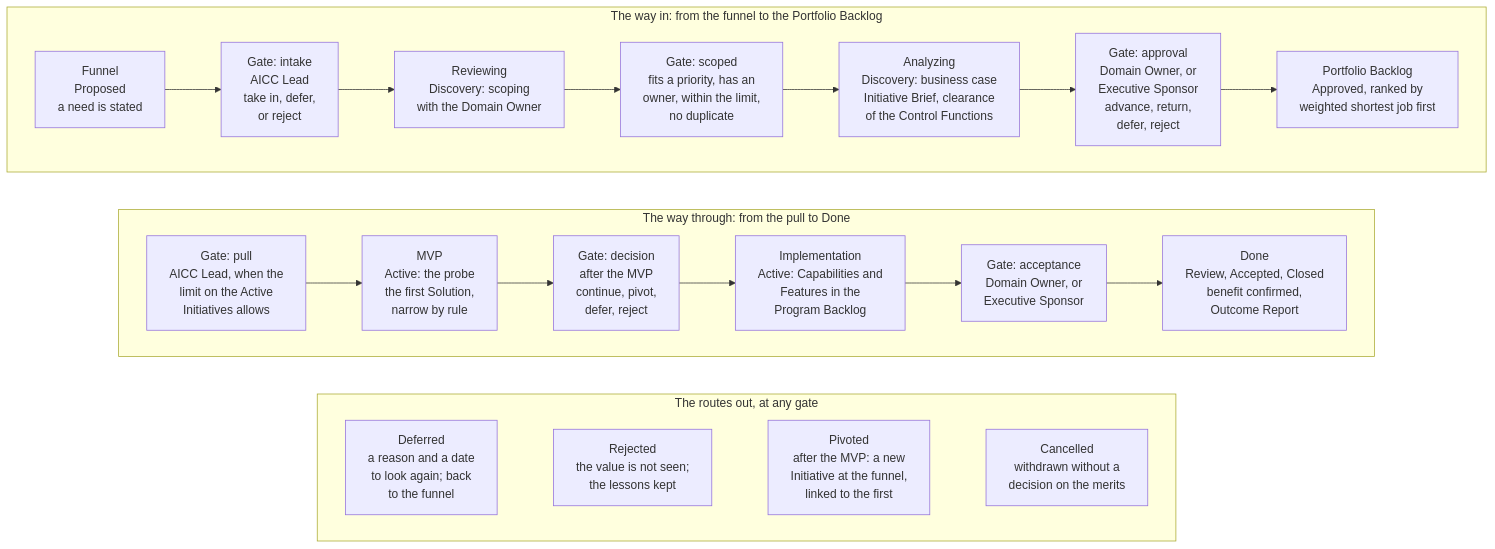
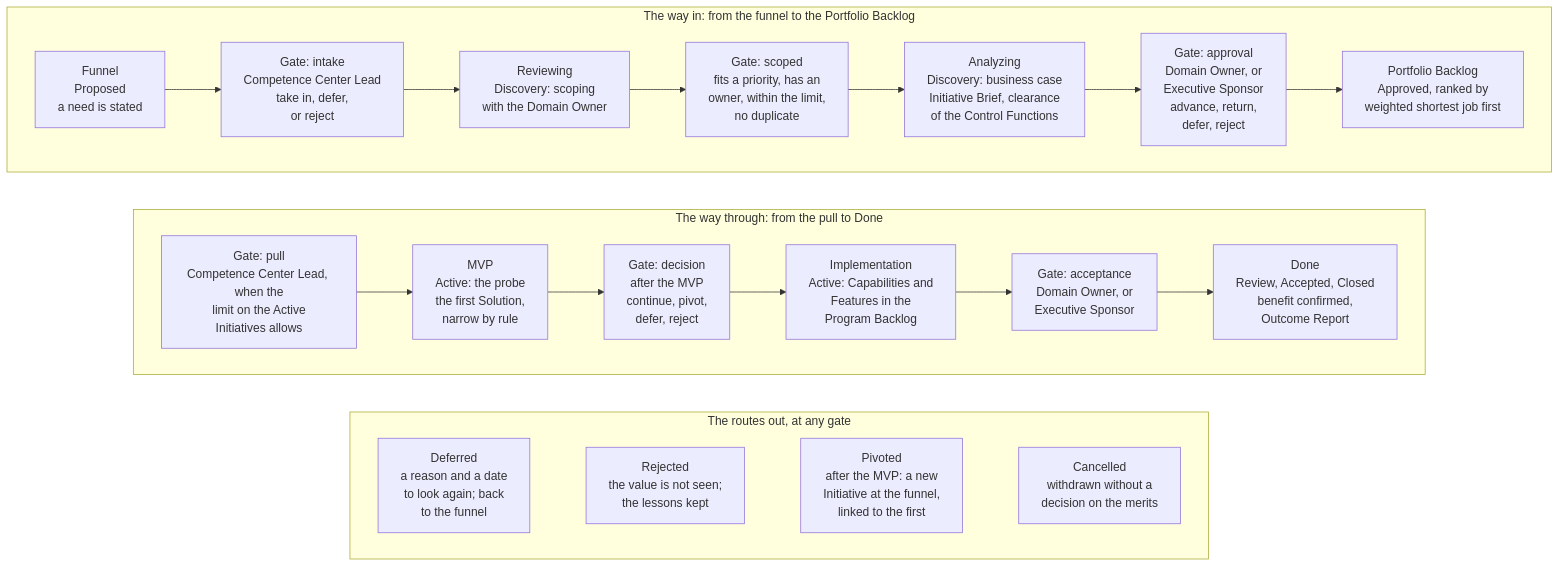
Before and after one commit to devhogu/ob-aicc: the diagram in portal/content/en/portfolio/the-flow.md, drawn with Mermaid. The commit also changed other lines of this file and 1149 other files, not shown here.

First line of the commit message:
The name Competence Center: AICC stays only as a code (DR-2026-066)

````diff
--- a/portal/content/en/portfolio/the-flow.md
+++ b/portal/content/en/portfolio/the-flow.md
@@ -9,26 +9,26 @@
 ```mermaid
 flowchart TB
   subgraph ROW1["The way in: from the funnel to the Portfolio Backlog"]
     direction LR
-    FU["Funnel<br/>Proposed<br/>a need is stated"] --> G1["Gate: intake<br/>AICC Lead<br/>take in, defer,<br/>or reject"]
+    FU["Funnel<br/>Proposed<br/>a need is stated"] --> G1["Gate: intake<br/>Competence Center Lead<br/>take in, defer,<br/>or reject"]
     G1 --> RV["Reviewing<br/>Discovery: scoping<br/>with the Domain Owner"]
     RV --> G2["Gate: scoped<br/>fits a priority, has an<br/>owner, within the limit,<br/>no duplicate"]
     G2 --> AN["Analyzing<br/>Discovery: business case<br/>Initiative Brief, clearance<br/>of the Control Functions"]
     AN --> G3["Gate: approval<br/>Domain Owner, or<br/>Executive Sponsor<br/>advance, return,<br/>defer, reject"]
     G3 --> PB["Portfolio Backlog<br/>Approved, ranked by<br/>weighted shortest job first"]
   end
   subgraph ROW2["The way through: from the pull to Done"]
     direction LR
-    G4["Gate: pull<br/>AICC Lead, when the<br/>limit on the Active<br/>Initiatives allows"] --> MV["MVP<br/>Active: the probe<br/>the first Solution,<br/>narrow by rule"]
+    G4["Gate: pull<br/>Competence Center Lead, when the<br/>limit on the Active<br/>Initiatives allows"] --> MV["MVP<br/>Active: the probe<br/>the first Solution,<br/>narrow by rule"]
     MV --> G5["Gate: decision<br/>after the MVP<br/>continue, pivot,<br/>defer, reject"]
     G5 --> IM["Implementation<br/>Active: Capabilities and<br/>Features in the<br/>Program Backlog"]
     IM --> G6["Gate: acceptance<br/>Domain Owner, or<br/>Executive Sponsor"]
     G6 --> DN["Done<br/>Review, Accepted, Closed<br/>benefit confirmed,<br/>Outcome Report"]
   end
   subgraph ROW3["The routes out, at any gate"]
     direction LR
     DF["Deferred<br/>a reason and a date<br/>to look again; back<br/>to the funnel"] ~~~ RJ["Rejected<br/>the value is not seen;<br/>the lessons kept"] ~~~ PV["Pivoted<br/>after the MVP: a new<br/>Initiative at the funnel,<br/>linked to the first"] ~~~ CN["Cancelled<br/>withdrawn without a<br/>decision on the merits"]
   end
   ROW1 ~~~ ROW2
   ROW2 ~~~ ROW3
 ```
````
